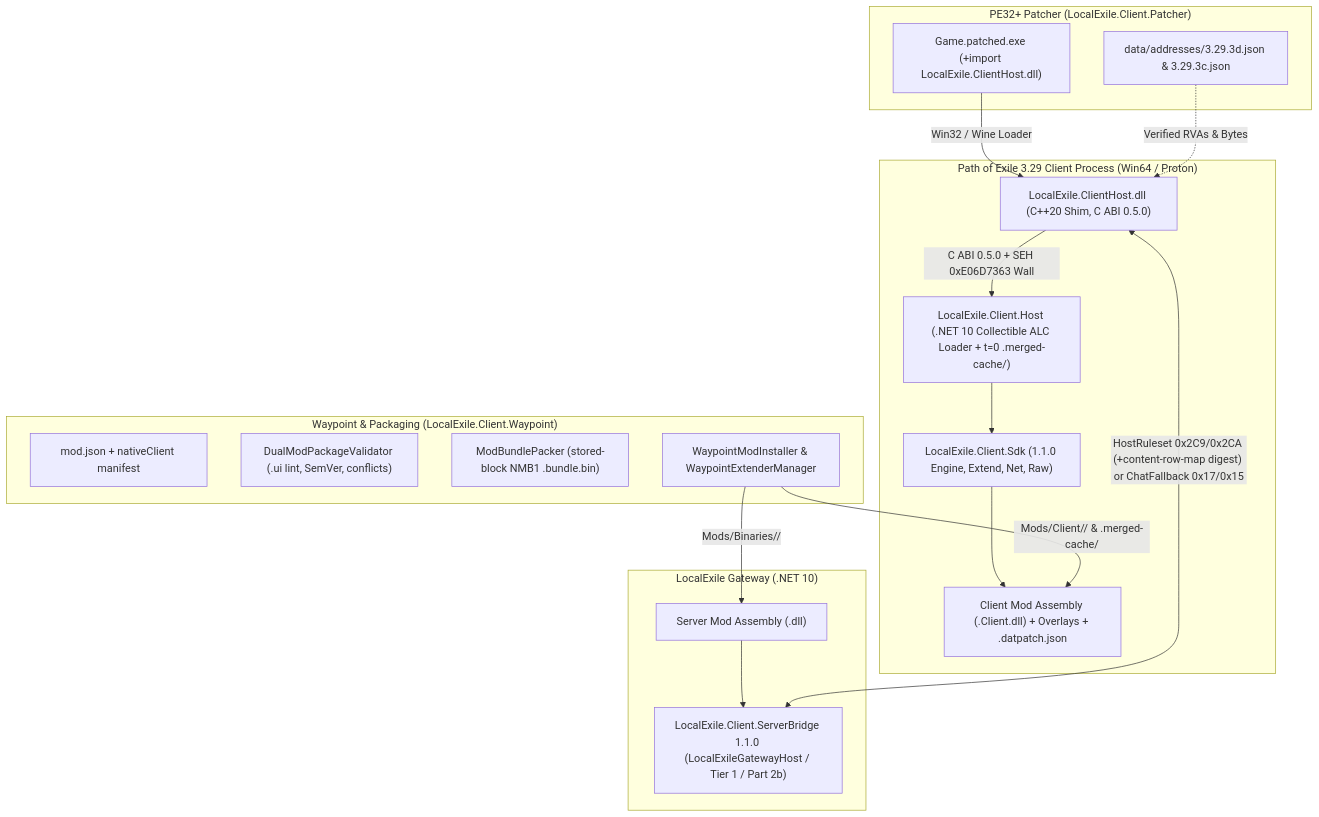
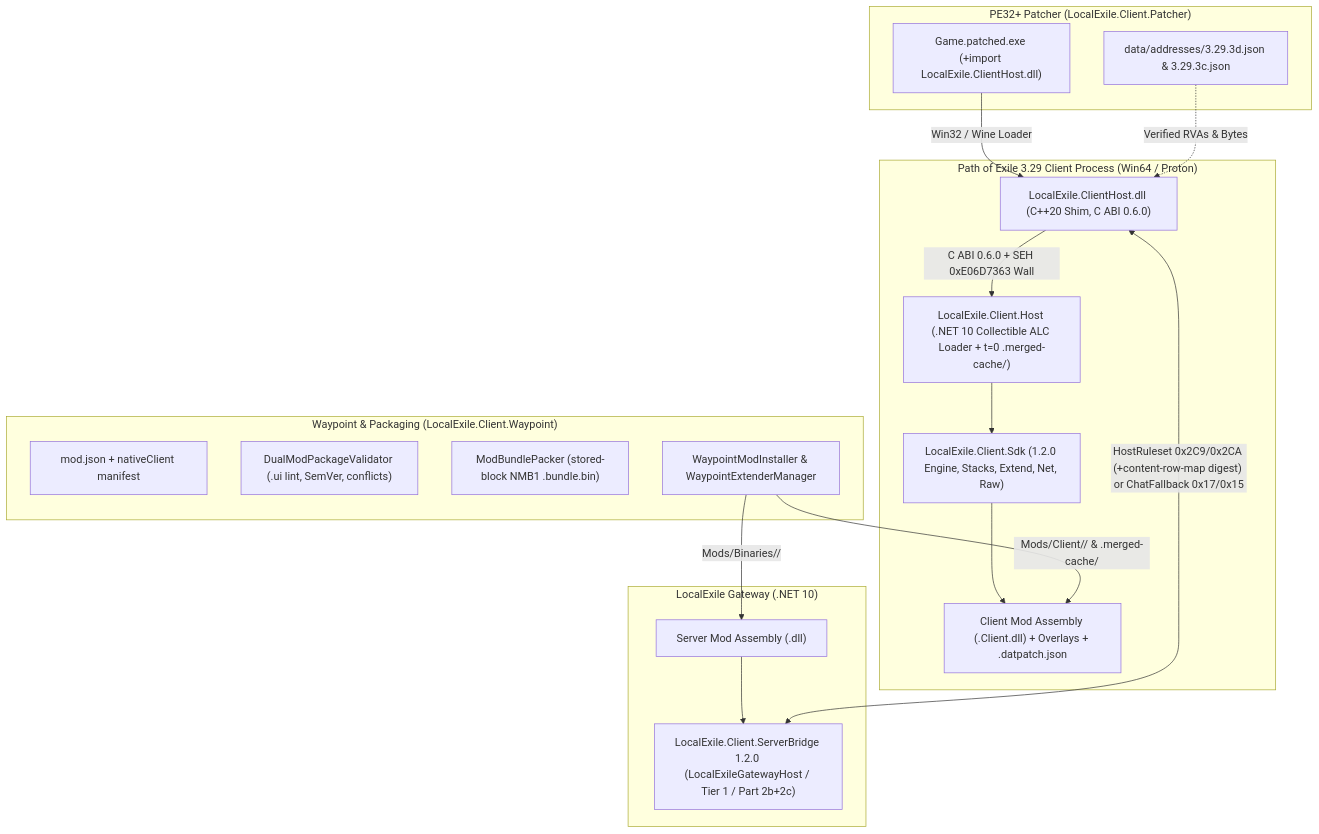
Before and after one commit to mrnamwen/LocalExile-NativeMods: the diagram in docs/README.md, drawn with Mermaid. The commit also changed other lines of this file and 30 other files, not shown here.

Commit message:
docs(phase5): sync 22 appendable schemas, refresh 1.2.0 API/Wiki docs, and add .codexmind handoff

````diff
--- a/docs/README.md
+++ b/docs/README.md
@@ -57,36 +57,36 @@
 ```mermaid
 flowchart TB
     subgraph Waypoint["Waypoint & Packaging (LocalExile.Client.Waypoint)"]
         Manifest["mod.json + nativeClient manifest"]
         Validator["DualModPackageValidator (.ui lint, SemVer, conflicts)"]
         Packer["ModBundlePacker (stored-block NMB1 .bundle.bin)"]
         Installer["WaypointModInstaller & WaypointExtenderManager"]
     end
 
     subgraph Patcher["PE32+ Patcher (LocalExile.Client.Patcher)"]
         PE["Game.patched.exe (+import LocalExile.ClientHost.dll)"]
         AddrDB["data/addresses/3.29.3d.json & 3.29.3c.json"]
     end
 
     subgraph Client["Path of Exile 3.29 Client Process (Win64 / Proton)"]
-        Shim["LocalExile.ClientHost.dll (C++20 Shim, C ABI 0.5.0)"]
+        Shim["LocalExile.ClientHost.dll (C++20 Shim, C ABI 0.6.0)"]
         Host["LocalExile.Client.Host (.NET 10 Collectible ALC Loader + t=0 .merged-cache/)"]
-        SDK["LocalExile.Client.Sdk (1.1.0 Engine, Extend, Net, Raw)"]
+        SDK["LocalExile.Client.Sdk (1.2.0 Engine, Stacks, Extend, Net, Raw)"]
         ClientMod["Client Mod Assembly (<id>.Client.dll) + Overlays + .datpatch.json"]
-        Shim -->|"C ABI 0.5.0 + SEH 0xE06D7363 Wall"| Host
+        Shim -->|"C ABI 0.6.0 + SEH 0xE06D7363 Wall"| Host
         Host --> SDK
         SDK --> ClientMod
     end
 
     subgraph Server["LocalExile Gateway (.NET 10)"]
-        Bridge["LocalExile.Client.ServerBridge 1.1.0 (LocalExileGatewayHost / Tier 1 / Part 2b)"]
+        Bridge["LocalExile.Client.ServerBridge 1.2.0 (LocalExileGatewayHost / Tier 1 / Part 2b+2c)"]
         ServerMod["Server Mod Assembly (<id>.dll)"]
         ServerMod --> Bridge
     end
 
     Installer -->|"Mods/Client/<id>/ & .merged-cache/"| ClientMod
     Installer -->|"Mods/Binaries/<id>/"| ServerMod
     PE -->|"Win32 / Wine Loader"| Shim
     AddrDB -.->|"Verified RVAs & Bytes"| Shim
     Shim <-->|"HostRuleset 0x2C9/0x2CA (+content-row-map digest) or ChatFallback 0x17/0x15"| Bridge
 ```
````
